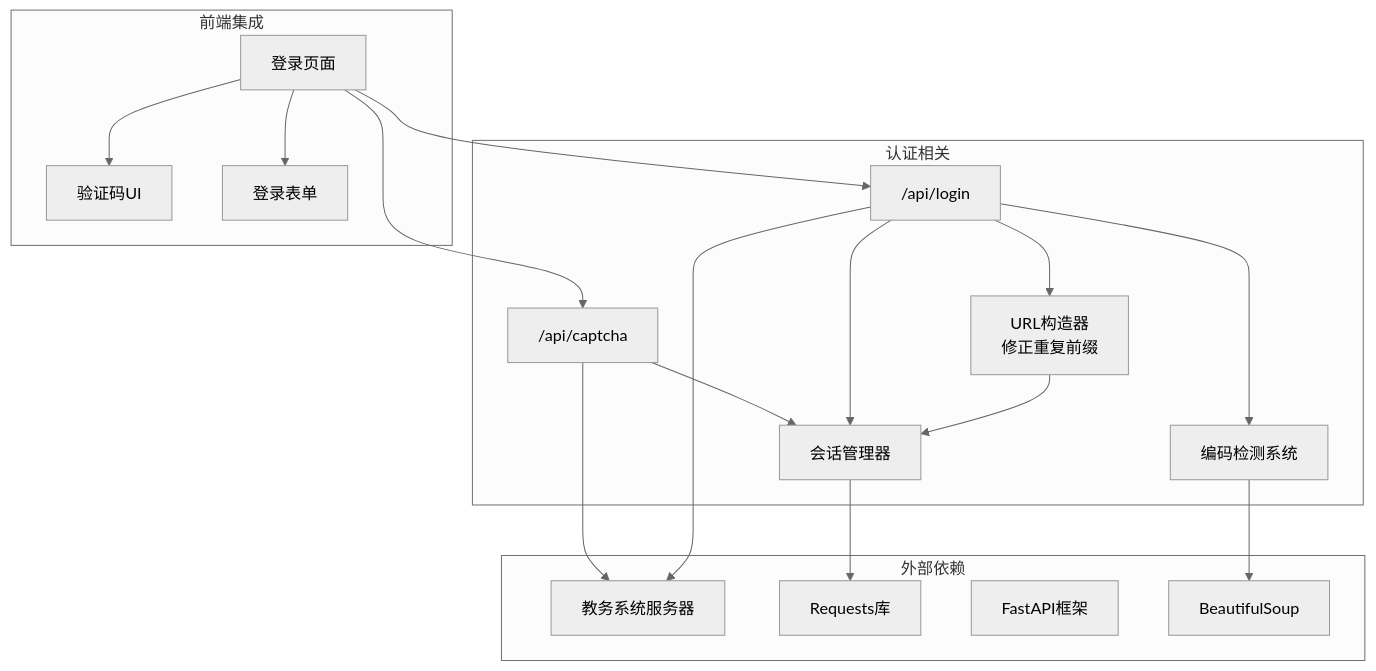
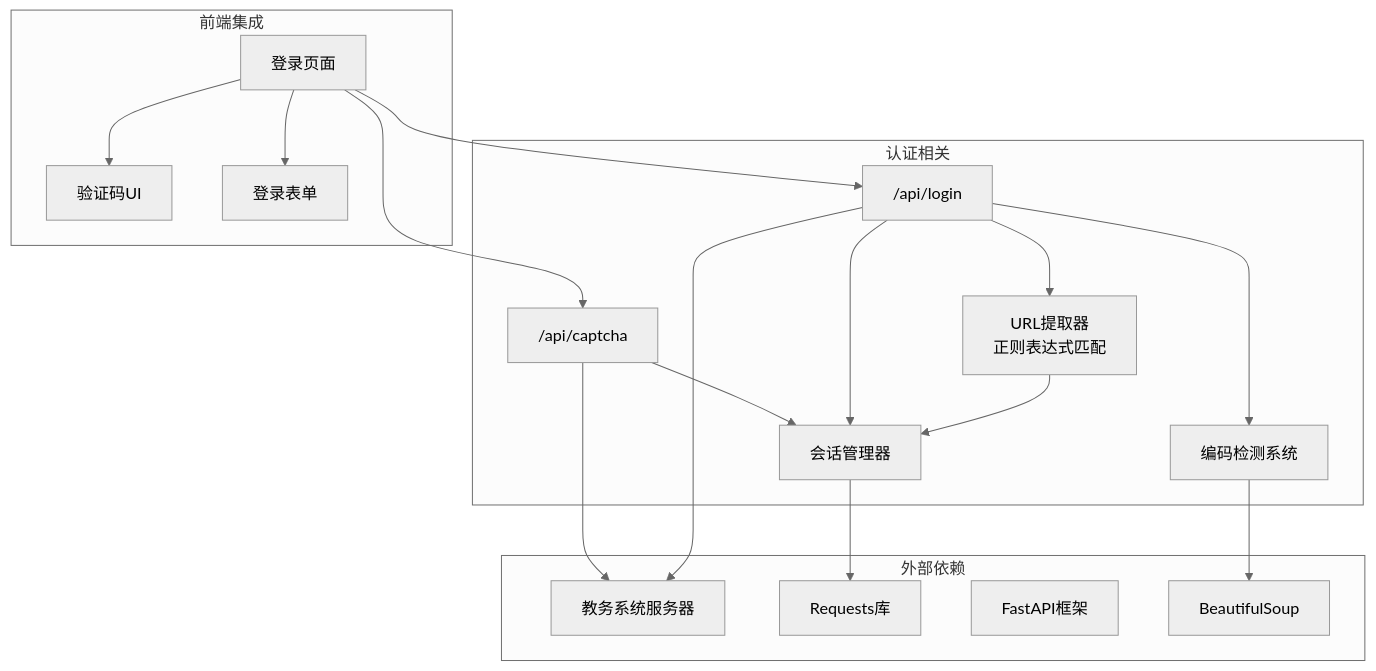
The sixth of 6 diagrams in .qoder/repowiki/zh/content/后端API文档/用户认证API.md (ghbbn053-ship-itsoulddog/soulddog), drawn with Mermaid (neutral theme) before and after one commit. The commit also changed other lines of this file and 10 other files, not shown here.

````diff
--- a/.qoder/repowiki/zh/content/后端API文档/用户认证API.md
+++ b/.qoder/repowiki/zh/content/后端API文档/用户认证API.md
@@ -371,34 +376,34 @@
 ```mermaid
 graph TB
 subgraph "认证相关"
 CaptchaAPI["/api/captcha"]
 LoginAPI["/api/login"]
 SessionMgr["会话管理器"]
-URLBuilder["URL构造器<br/>修正重复前缀"]
+URLExtractor["URL提取器<br/>正则表达式匹配"]
 EncodingSystem["编码检测系统"]
 end
 subgraph "前端集成"
 LoginPage["登录页面"]
 CaptchaUI["验证码UI"]
 LoginForm["登录表单"]
 end
 subgraph "外部依赖"
 JWXT["教务系统服务器"]
 Requests["Requests库"]
 FastAPI["FastAPI框架"]
 BeautifulSoup["BeautifulSoup"]
 end
 LoginPage --> CaptchaAPI
 LoginPage --> LoginAPI
 CaptchaAPI --> SessionMgr
 LoginAPI --> SessionMgr
-LoginAPI --> URLBuilder
+LoginAPI --> URLExtractor
 LoginAPI --> EncodingSystem
 SessionMgr --> Requests
-URLBuilder --> SessionMgr
+URLExtractor --> SessionMgr
 EncodingSystem --> BeautifulSoup
 CaptchaAPI --> JWXT
 LoginAPI --> JWXT
 LoginPage --> CaptchaUI
 LoginPage --> LoginForm
 ```
````
